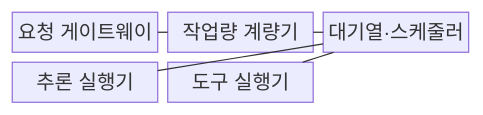
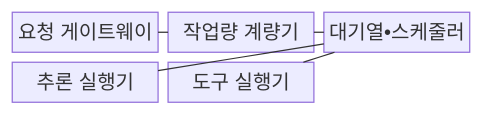
The first of 2 diagrams in src/content/docs/notes/08-latest-tech/124_model_denial_of_service.md (agnusdei1207/knowledge-base), drawn with Mermaid before and after one commit. The commit also changed other lines of this file and 953 other files, not shown here.

````diff
--- a/src/content/docs/notes/08-latest-tech/124_model_denial_of_service.md
+++ b/src/content/docs/notes/08-latest-tech/124_model_denial_of_service.md
@@ -68,13 +68,13 @@
 ```mermaid
 block-beta
   columns 3
   gateway["요청 게이트웨이"]
   meter["작업량 계량기"]
-  scheduler["대기열·스케줄러"]
+  scheduler["대기열•스케줄러"]
   inference["추론 실행기"]
   tool["도구 실행기"]
   gateway --- meter
   meter --- scheduler
   scheduler --- inference
   scheduler --- tool
 ```
````
